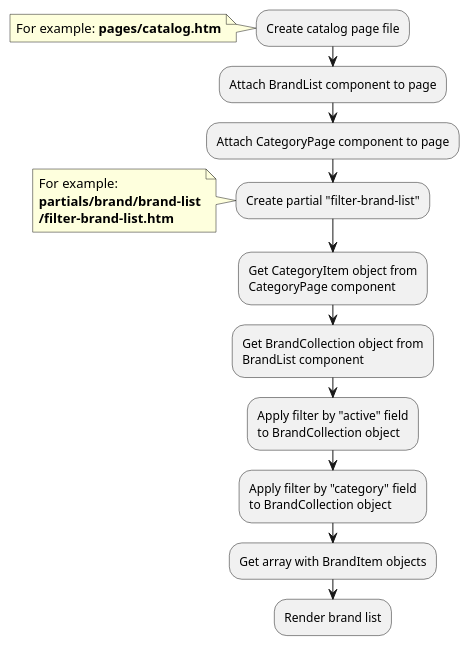
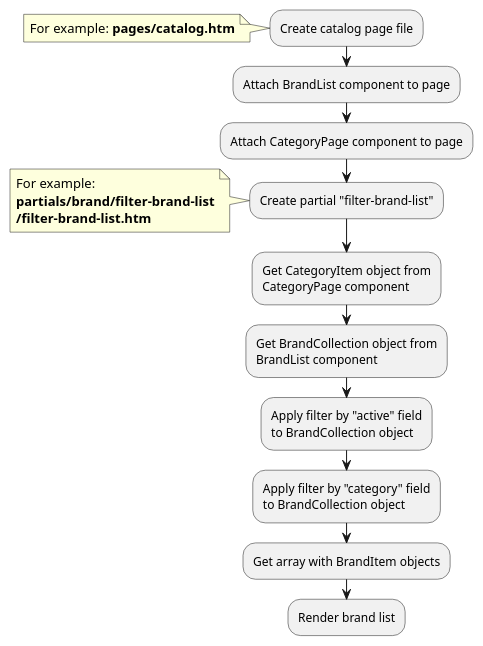
Before and after one commit to oc-shopaholic/oc-shopaholic-docs: the fourth of 4 diagrams in modules/brand/examples.md, drawn with PlantUML. The commit also changed other lines of this file and 16 other files, not shown here.

````diff
--- a/modules/brand/examples.md
+++ b/modules/brand/examples.md
@@ -301,26 +170,26 @@
 ```plantuml
 @startuml
 :Create catalog page file;
 note left
     For example: **pages/catalog.htm**
 end note
 :Attach BrandList component to page;
 :Attach CategoryPage component to page;
 :Create partial "filter-brand-list";
 note left
     For example:
-    **partials/brand/brand-list**
+    **partials/brand/filter-brand-list**
     **/filter-brand-list.htm**
 end note
 :Get CategoryItem object from
 CategoryPage component;
 :Get BrandCollection object from
 BrandList component;
 :Apply filter by "active" field
 to BrandCollection object;
 :Apply filter by "category" field
 to BrandCollection object;
 :Get array with BrandItem objects;
 :Render brand list;
 @enduml
 ```
````
